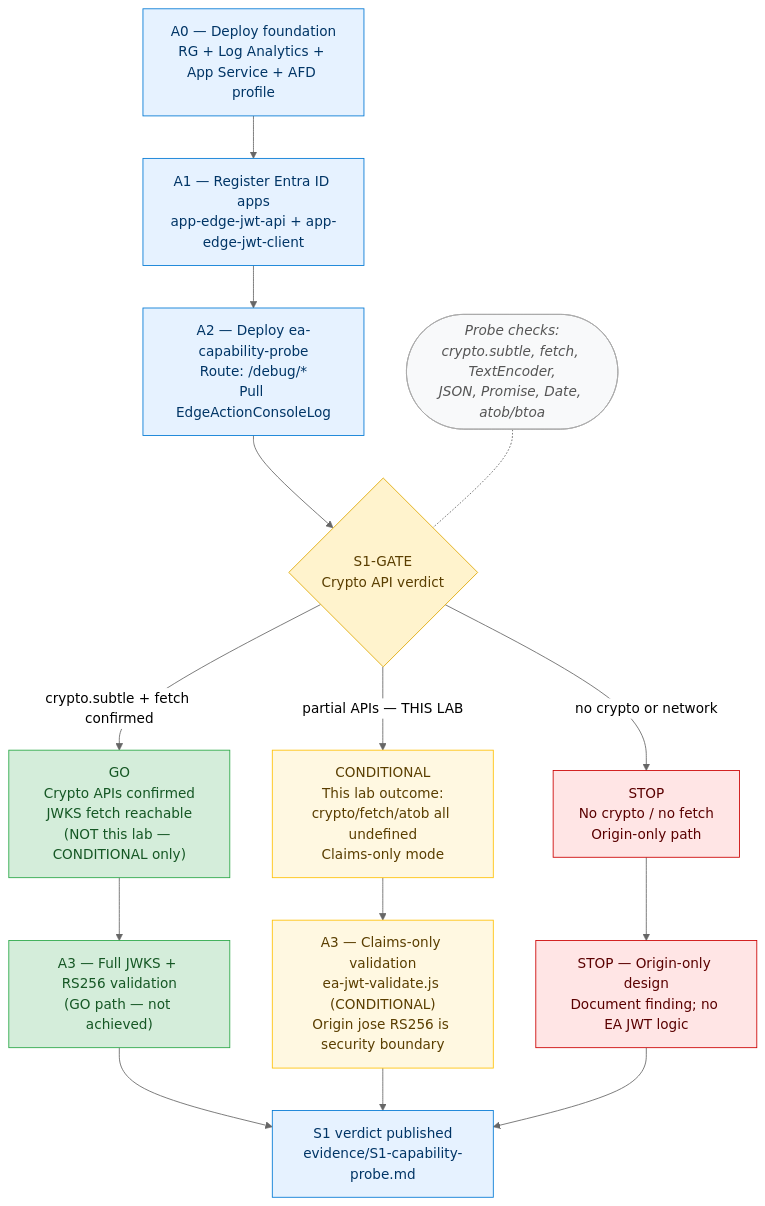
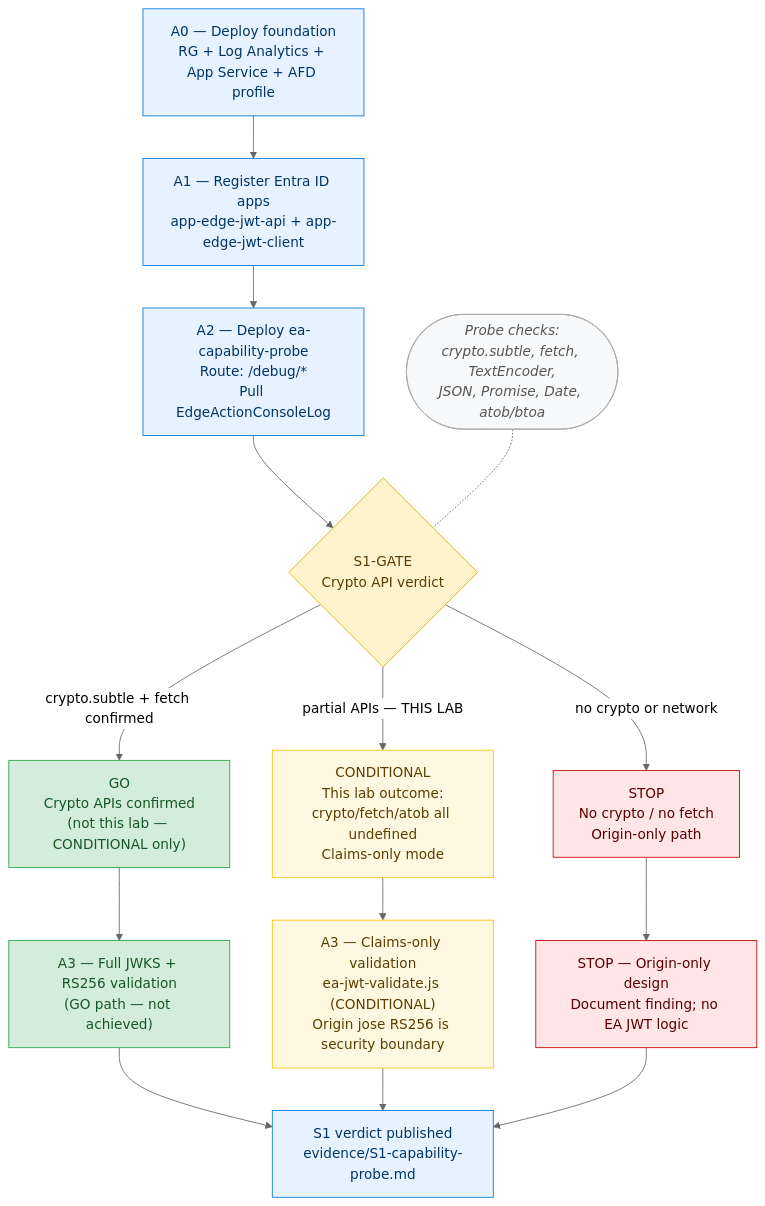
The fourth of 5 diagrams in labs/afd-edge-actions-jwt-validation/README.md (erjosito/net-lab-builder), drawn with Mermaid (neutral theme) before and after one commit. The commit also changed other lines of this file and 10 other files, not shown here.

````diff
--- a/labs/afd-edge-actions-jwt-validation/README.md
+++ b/labs/afd-edge-actions-jwt-validation/README.md
@@ -544,31 +559,31 @@
 ```mermaid
 flowchart TD
     classDef step    fill:#e6f2ff,stroke:#0078d4,color:#003566
     classDef gate    fill:#fff3cd,stroke:#e0a800,color:#5a3e00
     classDef go      fill:#d4edda,stroke:#28a745,color:#155724
     classDef stop    fill:#ffe5e5,stroke:#cc0000,color:#5a0000
     classDef cond    fill:#fff8e1,stroke:#ffc107,color:#5a3e00
     classDef note    fill:#f8f9fa,stroke:#aaa,color:#555,font-style:italic
 
     A0["A0 — Deploy foundation\nRG + Log Analytics + App Service + AFD profile"]:::step
     A1["A1 — Register Entra ID apps\napp-edge-jwt-api + app-edge-jwt-client"]:::step
     A2["A2 — Deploy ea-capability-probe\nRoute: /debug/*\nPull EdgeActionConsoleLog"]:::step
     GATE{"S1-GATE\nCrypto API verdict"}:::gate
     N_PROBE(["Probe checks:\ncrypto.subtle, fetch, TextEncoder,\nJSON, Promise, Date, atob/btoa"]):::note
-    GO["GO\nCrypto APIs confirmed\nJWKS fetch reachable\n(NOT this lab — CONDITIONAL only)"]:::go
+    GO["GO\nCrypto APIs confirmed\n(not this lab — CONDITIONAL only)"]:::go
     COND["CONDITIONAL\nThis lab outcome:\ncrypto/fetch/atob all undefined\nClaims-only mode"]:::cond
     STOP["STOP\nNo crypto / no fetch\nOrigin-only path"]:::stop
     A3_GO["A3 — Full JWKS + RS256 validation\n(GO path — not achieved)"]:::go
     A3_COND["A3 — Claims-only validation\nea-jwt-validate.js (CONDITIONAL)\nOrigin jose RS256 is security boundary"]:::cond
     A3_STOP["STOP — Origin-only design\nDocument finding; no EA JWT logic"]:::stop
     VERDICT["S1 verdict published\nevidence/S1-capability-probe.md"]:::step
 
     A0 --> A1 --> A2 --> GATE
     N_PROBE -.- GATE
     GATE -->|"crypto.subtle + fetch confirmed"| GO
     GATE -->|"partial APIs — THIS LAB"| COND
     GATE -->|"no crypto or network"| STOP
     GO --> A3_GO --> VERDICT
     COND --> A3_COND --> VERDICT
     STOP --> A3_STOP --> VERDICT
 ```
````
